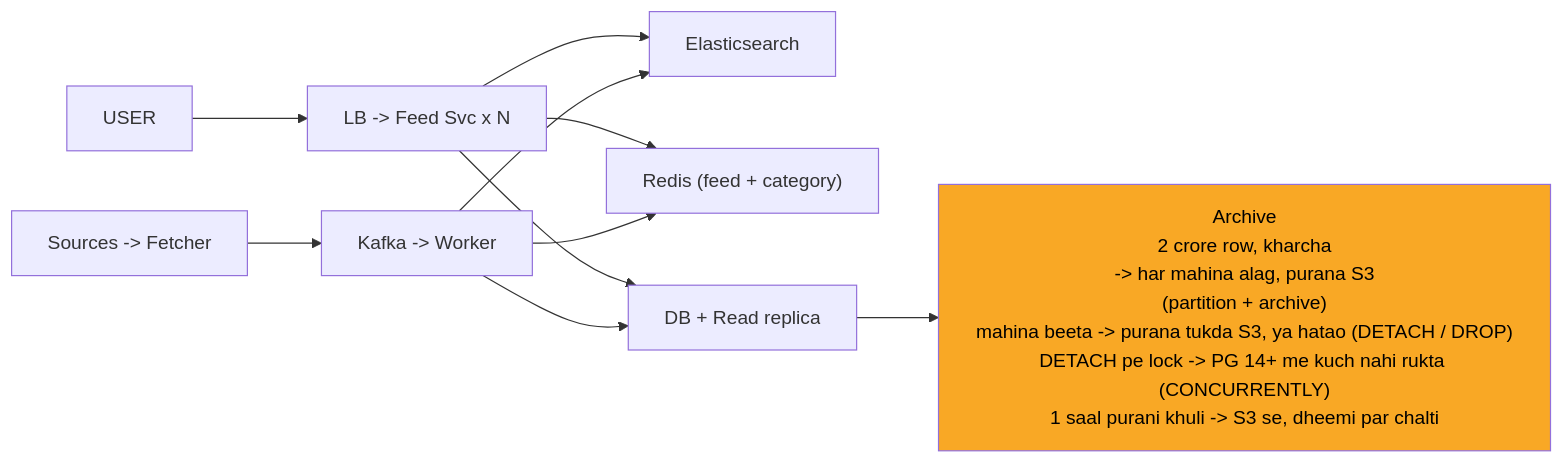
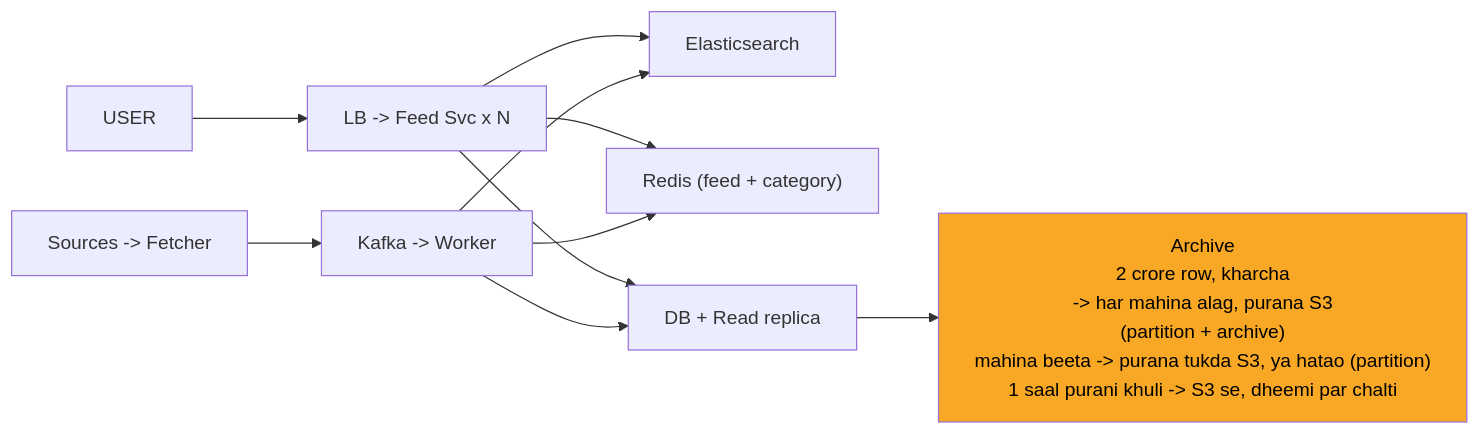
The ninth of 11 diagrams in 04_HLD/SYSTEM_DESIGNS/08_news_aggregator/08_news_aggregator_INTERVIEW.md (ArpanMaheshwari144/Prep), drawn with Mermaid before and after one commit. The commit also changed other lines of this file and 13 other files, not shown here.

````diff
--- a/04_HLD/SYSTEM_DESIGNS/08_news_aggregator/08_news_aggregator_INTERVIEW.md
+++ b/04_HLD/SYSTEM_DESIGNS/08_news_aggregator/08_news_aggregator_INTERVIEW.md
@@ -344,22 +344,22 @@
 ```mermaid
 %%{init: {"flowchart": {"wrappingWidth": 450}}}%%
 flowchart LR
     n_USER["USER"]
     n_LF["LB -> Feed Svc x N"]
     n_Elasticsearch["Elasticsearch"]
     n_Redis["Redis (feed + category)"]
     n_DBR["DB + Read replica"]
-    n_Archive["Archive<br/>2 crore row, kharcha<br/>-> har mahina alag, purana S3<br/>(partition + archive)<br/>mahina beeta -> purana tukda S3, ya hatao (DETACH / DROP)<br/>DETACH pe lock -> PG 14+ me kuch nahi rukta (CONCURRENTLY)<br/>1 saal purani khuli -> S3 se, dheemi par chalti"]
+    n_Archive["Archive<br/>2 crore row, kharcha<br/>-> har mahina alag, purana S3<br/>(partition + archive)<br/>mahina beeta -> purana tukda S3, ya hatao (partition)<br/>1 saal purani khuli -> S3 se, dheemi par chalti"]
     n_KW["Kafka -> Worker"]
     n_SF["Sources -> Fetcher"]
     n_USER --> n_LF
     n_LF --> n_Elasticsearch
     n_LF --> n_Redis
     n_LF --> n_DBR
     n_DBR --> n_Archive
     n_KW --> n_DBR
     n_KW --> n_Redis
     n_KW --> n_Elasticsearch
     n_SF --> n_KW
     style n_Archive fill:#f9a825,color:#000
 ```
````
